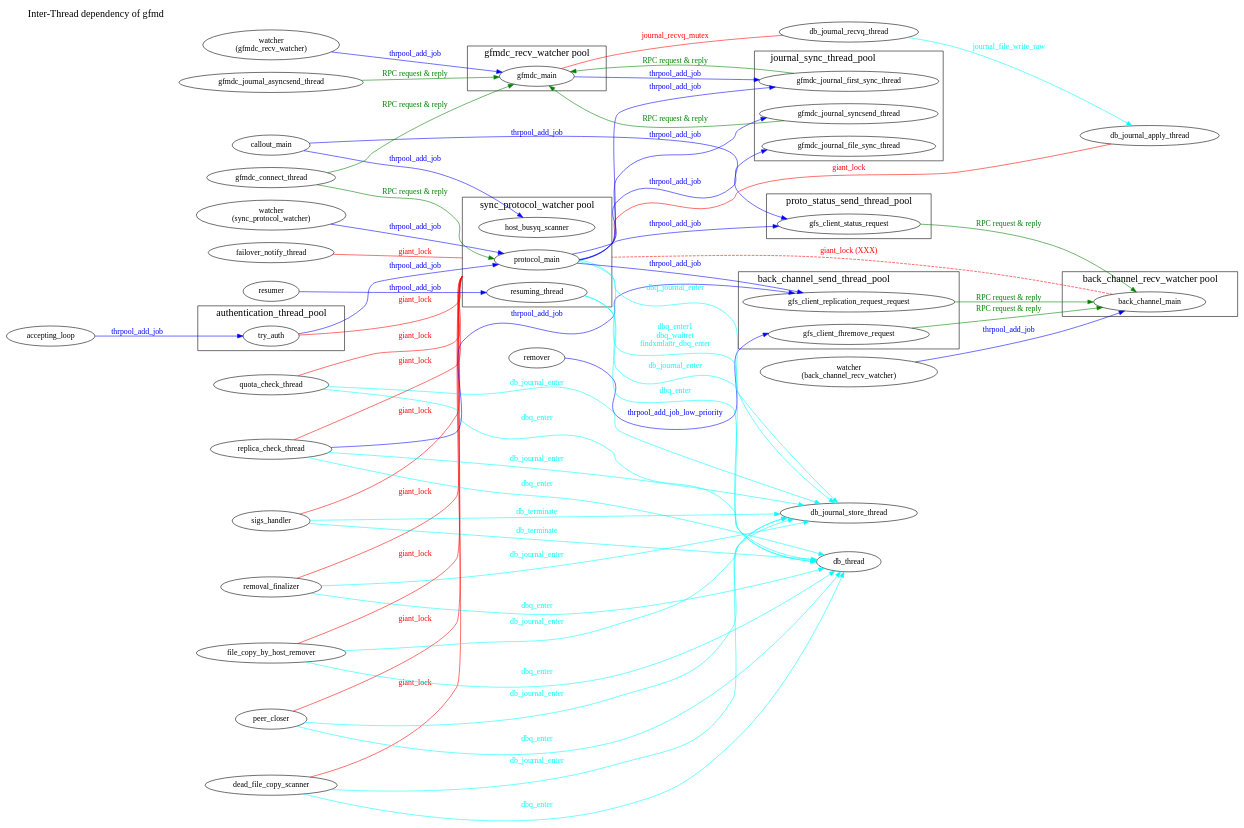
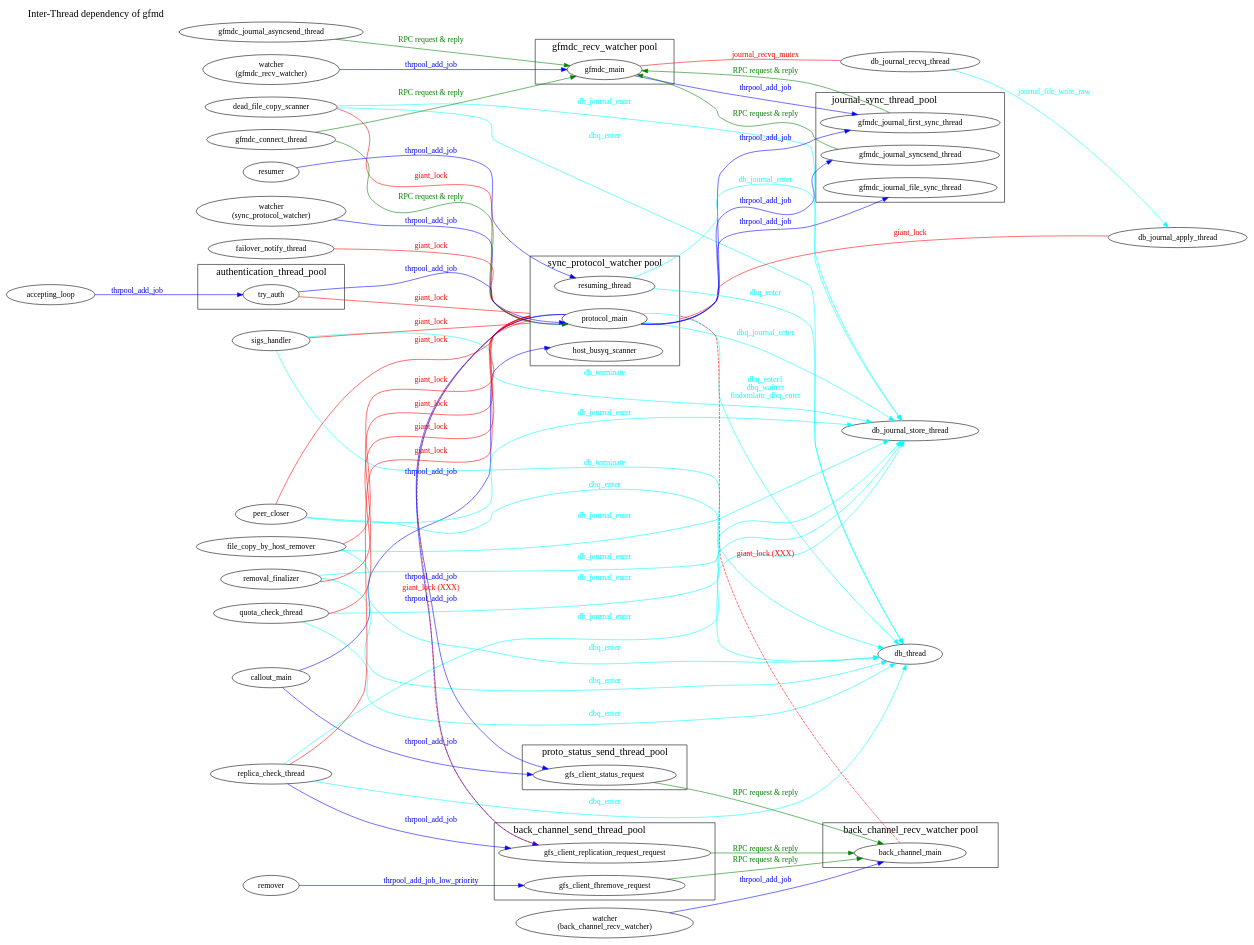
One commit to oss-tsukuba/gfarm changed the diagram in doc/internal/chart/gfmd-thread-dependency.dot. Above: the diagram before and after it, drawn with Graphviz. The commit also changed 2 other files, not shown here.

Commit message:
doc: add known deadlock risks of giant_lock to the gfmd internal design notes
- gfs_client_replication_cksum_request_result() acquires giant_lock in a
  thread of back_channel_recv_watcher, like
  gfs_client_replication_request_result()
- gfs_client_replication_request_request() acquires giant_lock in a
  thread of back_channel_send_thread_pool when sending fails, while
  inode_replication_request() adds a job to that pool with giant_lock held

Both are already marked as "XXX FIXME: deadlock" in back_channel.c.
Add the latter to the thread dependency chart too.

Claude-Session: https://claude.ai/code/session_01Rn4ZGLszd9kvPEsrz74mrq

```diff
--- a/doc/internal/chart/gfmd-thread-dependency.dot
+++ b/doc/internal/chart/gfmd-thread-dependency.dot
@@ -166,6 +166,9 @@
   back_channel_main -> protocol_main
 	[label = "giant_lock (XXX)", fontcolor = red, color = red,
 	lhead = cluster1, dir = none, style = dashed];
+  gfs_client_replication_request_request -> protocol_main
+	[label = "giant_lock (XXX)", fontcolor = red, color = red,
+	lhead = cluster1, dir = none, style = dashed];
   gfmdc_main -> db_journal_recvq_thread
 	[label = "journal_recvq_mutex", fontcolor = red, color = red,
 	dir = none];
```
